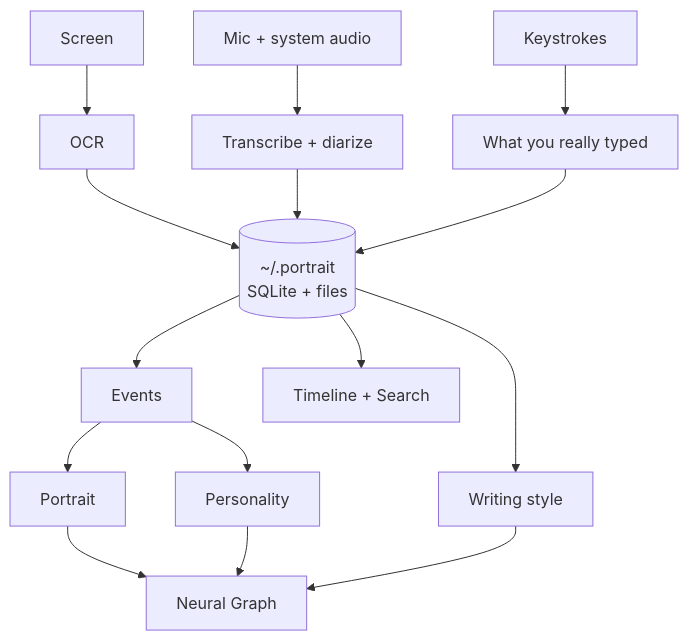
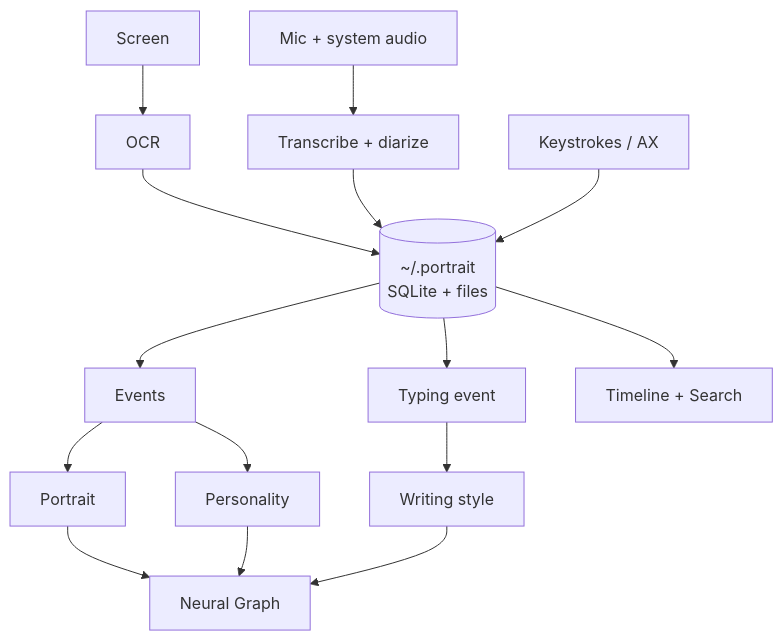
Before and after one commit to joyzhang14-14/My-Portrait: the diagram in README.md, drawn with Mermaid.

Commit message:
docs(readme): 流程图按真实链路改击键路径

````diff
--- a/README.md
+++ b/README.md
@@ -19,20 +19,21 @@
 ```mermaid
 flowchart TB
   A1["Screen"] --> B1["OCR"]
   A2["Mic + system audio"] --> B2["Transcribe + diarize"]
-  A3["Keystrokes"] --> B3["What you really typed"]
+  A3["Keystrokes / AX"]
 
   B1 --> DB[("~/.portrait<br/>SQLite + files")]
   B2 --> DB
-  B3 --> DB
+  A3 --> DB
 
   DB --> E["Events"]
   E --> P["Portrait"]
   E --> PS["Personality"]
-  DB --> WS["Writing style"]
+  DB --> TE["Typing event"]
+  TE --> WS["Writing style"]
 
   P --> G["Neural Graph"]
   PS --> G
   WS --> G
   DB --> TL["Timeline + Search"]
 ```
````
